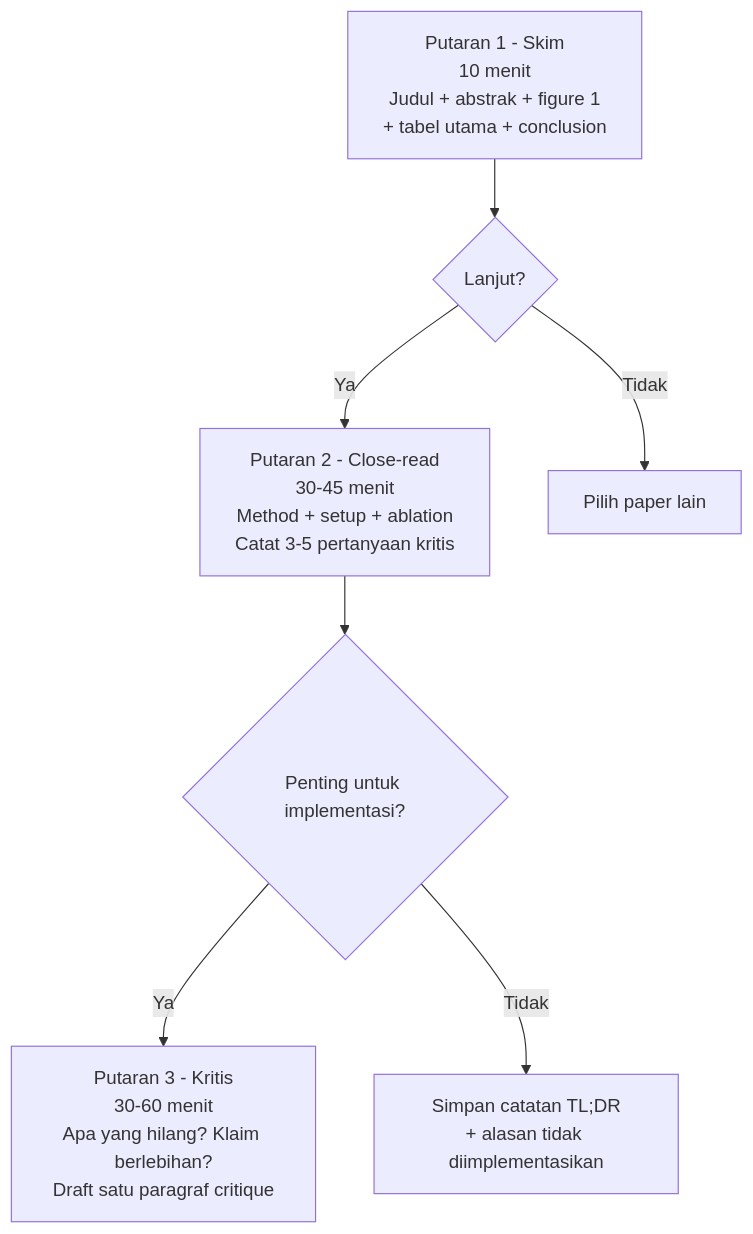
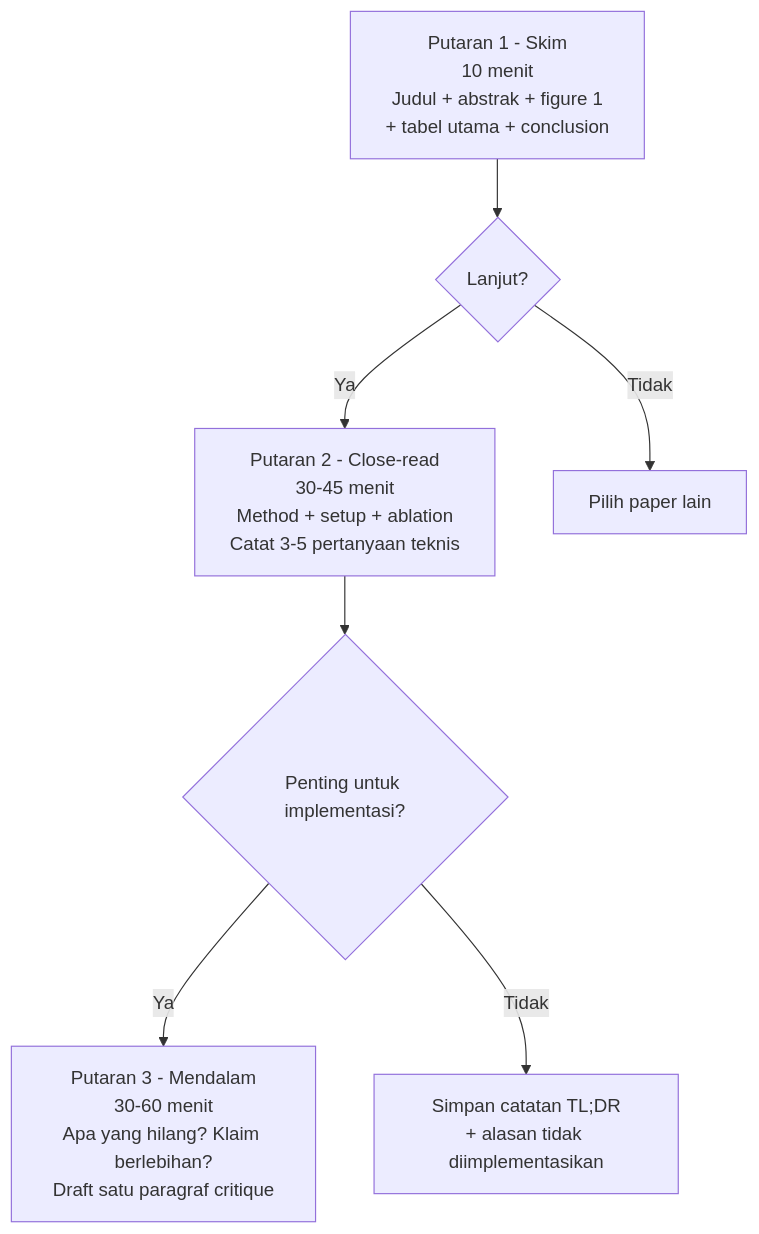
One commit to muhammad-zainal-muttaqin/ModulePembelajaran changed the diagram in ModulePembelajaran/10_W10_Paper_Reading.md. Above: the diagram before and after it, drawn with Mermaid. The commit also changed other lines of this file and 10 other files, not shown here.

````diff
--- a/ModulePembelajaran/10_W10_Paper_Reading.md
+++ b/ModulePembelajaran/10_W10_Paper_Reading.md
@@ -107,9 +107,9 @@
 ```mermaid
 flowchart TB
     A[Putaran 1 - Skim\n10 menit\nJudul + abstrak + figure 1\n+ tabel utama + conclusion] --> B{Lanjut?}
-    B -- Ya --> C[Putaran 2 - Close-read\n30-45 menit\nMethod + setup + ablation\nCatat 3-5 pertanyaan kritis]
+    B -- Ya --> C[Putaran 2 - Close-read\n30-45 menit\nMethod + setup + ablation\nCatat 3-5 pertanyaan teknis]
     B -- Tidak --> D[Pilih paper lain]
     C --> E{Penting untuk implementasi?}
-    E -- Ya --> F[Putaran 3 - Kritis\n30-60 menit\nApa yang hilang? Klaim berlebihan?\nDraft satu paragraf critique]
+    E -- Ya --> F[Putaran 3 - Mendalam\n30-60 menit\nApa yang hilang? Klaim berlebihan?\nDraft satu paragraf critique]
     E -- Tidak --> G[Simpan catatan TL;DR\n+ alasan tidak diimplementasikan]
 ```
````
